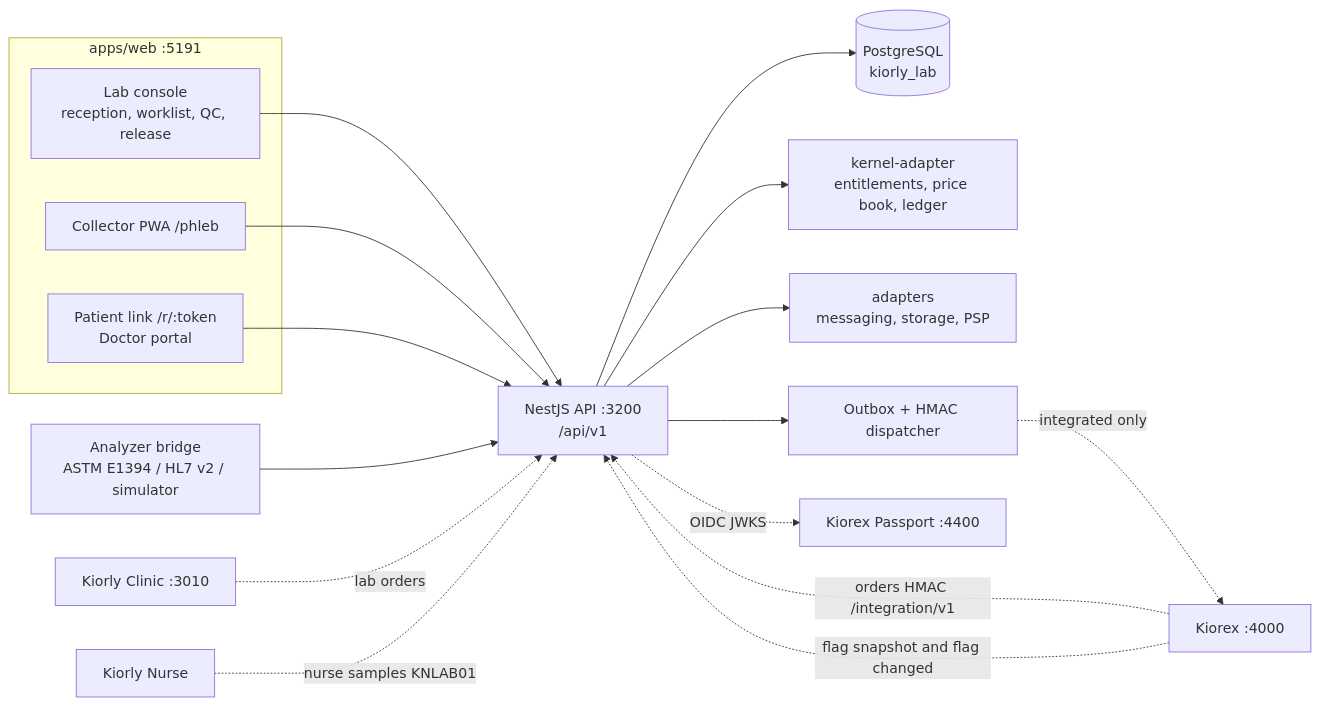
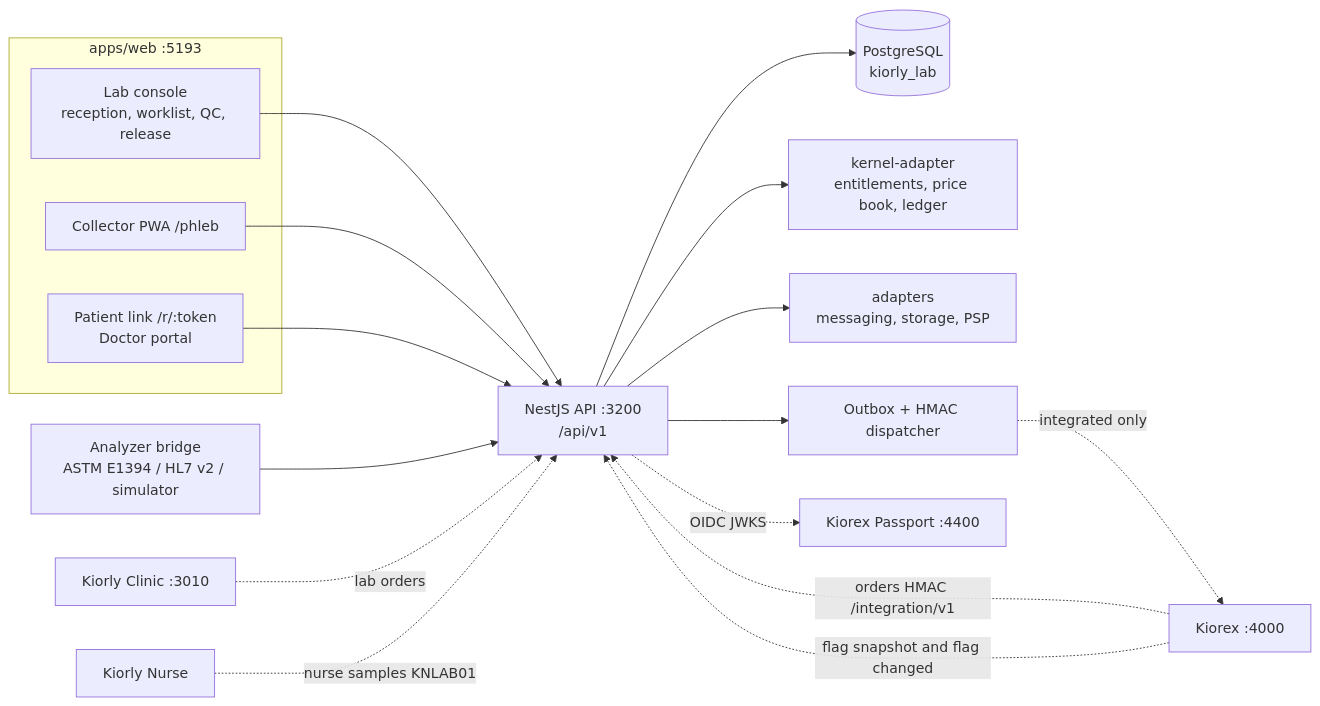
The first of 3 diagrams in README.md (mshall/kiorly-lab), drawn with Mermaid before and after one commit. The commit also changed other lines of this file and 11 other files, not shown here.

````diff
--- a/README.md
+++ b/README.md
@@ -107,32 +107,32 @@
 ```mermaid
 flowchart LR
-  subgraph Web[apps/web :5191]
+  subgraph Web[apps/web :5193]
     CON[Lab console<br/>reception, worklist, QC, release]
     PH[Collector PWA /phleb]
     PT[Patient link /r/:token<br/>Doctor portal]
   end
   API[NestJS API :3200<br/>/api/v1]
   DB[(PostgreSQL<br/>kiorly_lab)]
   AN[Analyzer bridge<br/>ASTM E1394 / HL7 v2 / simulator]
   KA[kernel-adapter<br/>entitlements, price book, ledger]
   AD[adapters<br/>messaging, storage, PSP]
   OB[Outbox + HMAC dispatcher]
   KX[Kiorex :4000]
   KC[Kiorly Clinic :3010]
   KN[Kiorly Nurse]
   PP[Kiorex Passport :4400]
   CON --> API
   PH --> API
   PT --> API
   AN --> API
   API --> DB
   API --> KA
   API --> AD
   API --> OB
   OB -. integrated only .-> KX
   KX -. orders HMAC /integration/v1 .-> API
   KC -. lab orders .-> API
   KN -. nurse samples KNLAB01 .-> API
   API -. OIDC JWKS .-> PP
   KX -. "flag snapshot and flag changed" .-> API
 ```
````
